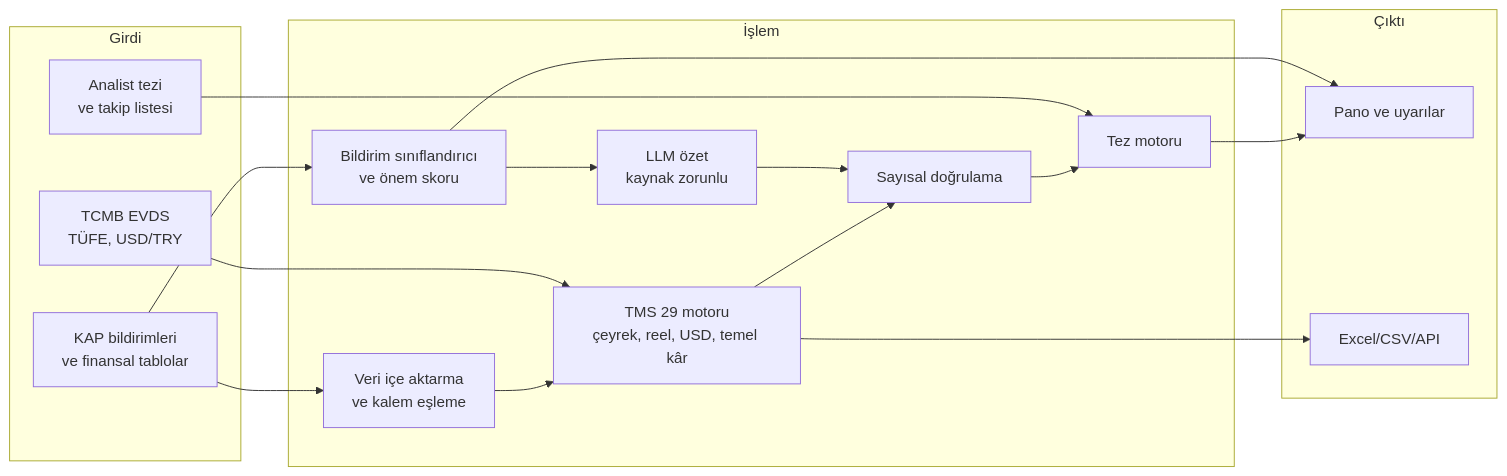
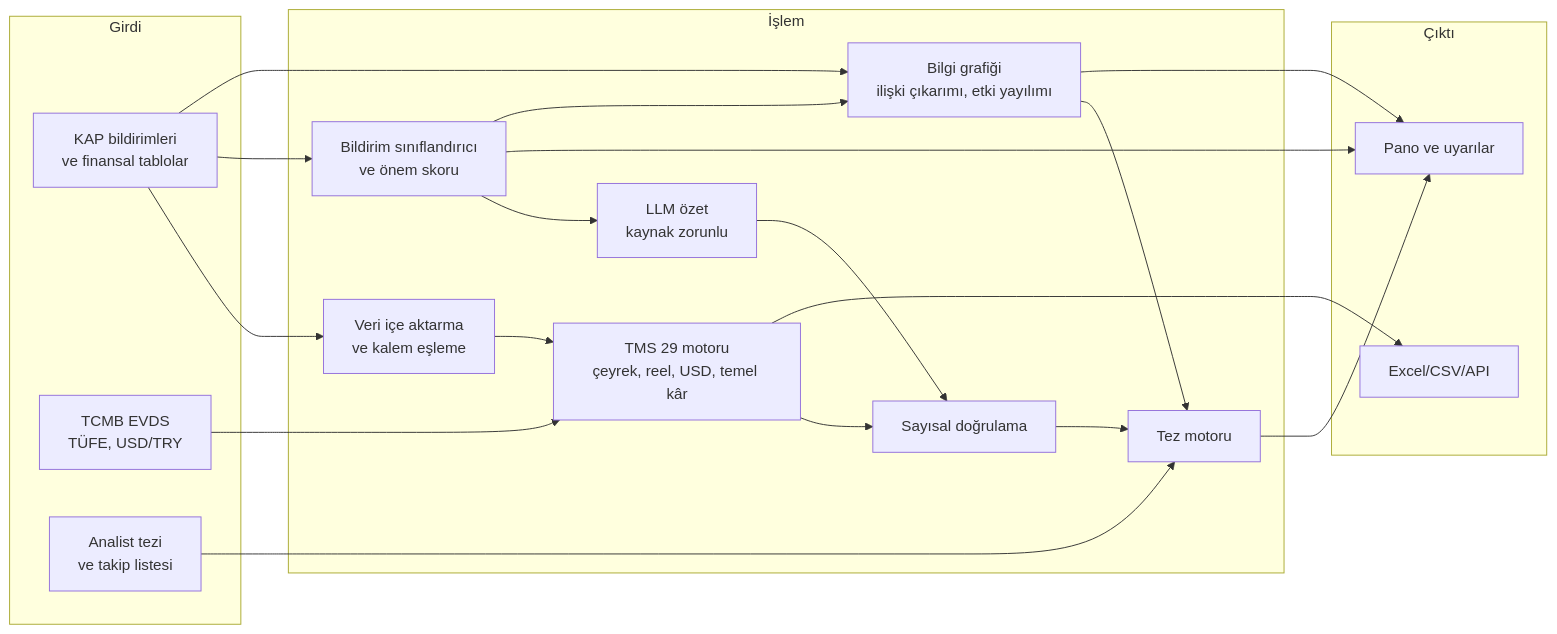
One commit to serhanyokus/kapsam changed the diagram in docs/architecture.md. Above: the diagram before and after it, drawn with Mermaid. The commit also changed other lines of this file and 48 other files, not shown here.

````diff
--- a/docs/architecture.md
+++ b/docs/architecture.md
@@ -3,26 +3,30 @@
 ```mermaid
 flowchart LR
   subgraph Girdi
     KAP[KAP bildirimleri<br/>ve finansal tablolar]
     EVDS[TCMB EVDS<br/>TÜFE, USD/TRY]
     TEZ[Analist tezi<br/>ve takip listesi]
   end
   subgraph Islem[İşlem]
     ING[Veri içe aktarma<br/>ve kalem eşleme]
     T29[TMS 29 motoru<br/>çeyrek, reel, USD, temel kâr]
     VAL[Sayısal doğrulama]
     CLS[Bildirim sınıflandırıcı<br/>ve önem skoru]
+    KG[Bilgi grafiği<br/>ilişki çıkarımı, etki yayılımı]
     LLM[LLM özet<br/>kaynak zorunlu]
     THS[Tez motoru]
   end
   subgraph Cikti[Çıktı]
     UI[Pano ve uyarılar]
     XL[Excel/CSV/API]
   end
   KAP --> ING --> T29 --> VAL --> THS
   EVDS --> T29
   KAP --> CLS --> LLM --> VAL
   TEZ --> THS --> UI
   T29 --> XL
   CLS --> UI
+  KAP --> KG --> THS
+  CLS --> KG
+  KG --> UI
 ```
````
